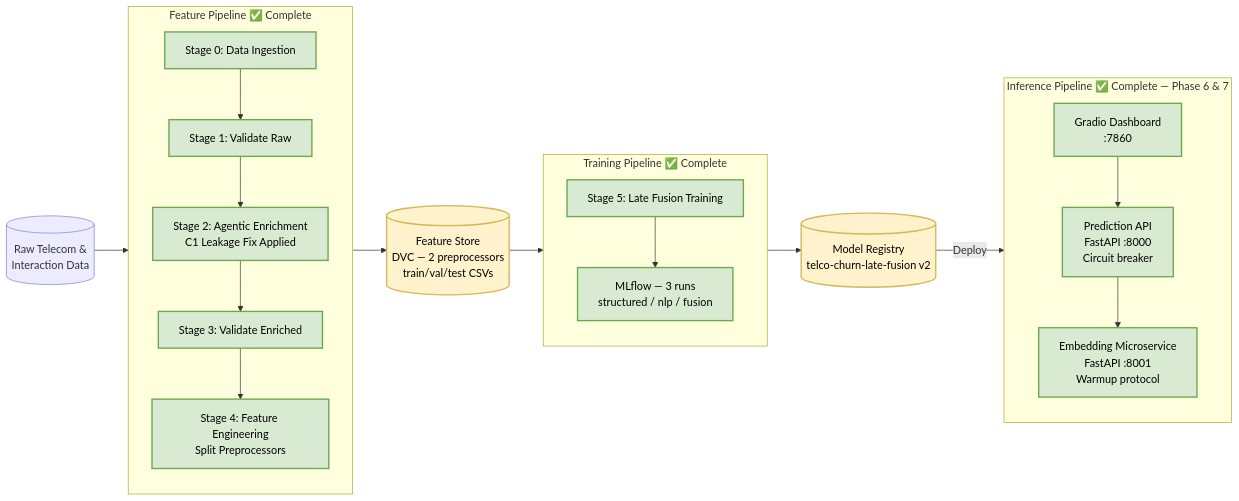
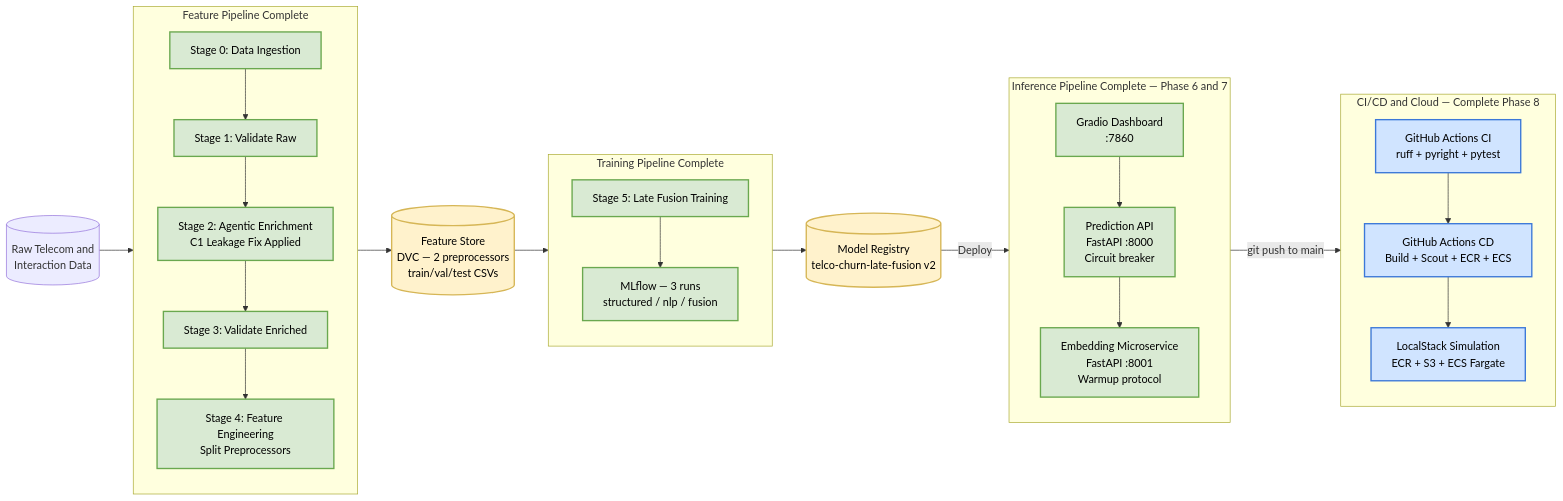
One commit to SebastianGarrido2790/ai-ml-telecom-customer-churn changed the second of 2 diagrams in reports/docs/architecture/architecture.md. Above: the diagram before and after it, drawn with Mermaid. The commit also changed other lines of this file and 3 other files, not shown here.

Commit message:
docs: finalize phase 8 CI/CD & Cloud Deployment architecture and walkthroughs

````diff
--- a/reports/docs/architecture/architecture.md
+++ b/reports/docs/architecture/architecture.md
@@ -126,43 +145,52 @@
 ```mermaid
 flowchart LR
     classDef done fill:#d9ead3,stroke:#6aa84f,stroke-width:2px,color:#000;
-    classDef planned fill:#e8ebf7,stroke:#6673af,stroke-width:2px,color:#000;
+    classDef cicd fill:#d0e4ff,stroke:#3c78d8,stroke-width:2px,color:#000;
     classDef registry fill:#fff2cc,stroke:#d6b656,stroke-width:2px,color:#000;
 
-    RawData[(Raw Telecom &\nInteraction Data)]
+    RawData[(Raw Telecom and\nInteraction Data)]
 
-    subgraph FP ["Feature Pipeline ✅ Complete"]
+    subgraph FP ["Feature Pipeline Complete"]
         direction TB
         S0[Stage 0: Data Ingestion]:::done
         S1[Stage 1: Validate Raw]:::done
         S2[Stage 2: Agentic Enrichment\nC1 Leakage Fix Applied]:::done
         S3[Stage 3: Validate Enriched]:::done
         S4[Stage 4: Feature Engineering\nSplit Preprocessors]:::done
         S0 --> S1 --> S2 --> S3 --> S4
     end
 
     FeatureStore[(Feature Store\nDVC — 2 preprocessors\ntrain/val/test CSVs)]:::registry
 
-    subgraph TP ["Training Pipeline ✅ Complete"]
+    subgraph TP ["Training Pipeline Complete"]
         direction TB
         S5[Stage 5: Late Fusion Training]:::done
         MLflowTracker[MLflow — 3 runs\nstructured / nlp / fusion]:::done
         S5 --> MLflowTracker
     end
 
     ModelRegistry[(Model Registry\ntelco-churn-late-fusion v2)]:::registry
 
-    subgraph IP ["Inference Pipeline ✅ Complete — Phase 6 & 7"]
+    subgraph IP ["Inference Pipeline Complete — Phase 6 and 7"]
         direction TB
         EmbedSvc[Embedding Microservice\nFastAPI :8001\nWarmup protocol]:::done
         PredAPI[Prediction API\nFastAPI :8000\nCircuit breaker]:::done
         UX[Gradio Dashboard\n:7860]:::done
         UX --> PredAPI --> EmbedSvc
     end
 
+    subgraph CD ["CI/CD and Cloud — Complete Phase 8"]
+        direction TB
+        CI[GitHub Actions CI\nruff + pyright + pytest]:::cicd
+        CDPipe[GitHub Actions CD\nBuild + Scout + ECR + ECS]:::cicd
+        LocalStack[LocalStack Simulation\nECR + S3 + ECS Fargate]:::cicd
+        CI --> CDPipe --> LocalStack
+    end
+
     RawData --> FP
     FP --> FeatureStore
     FeatureStore --> TP
     TP --> ModelRegistry
     ModelRegistry -->|Deploy| IP
+    IP -->|git push to main| CD
 ```
````
